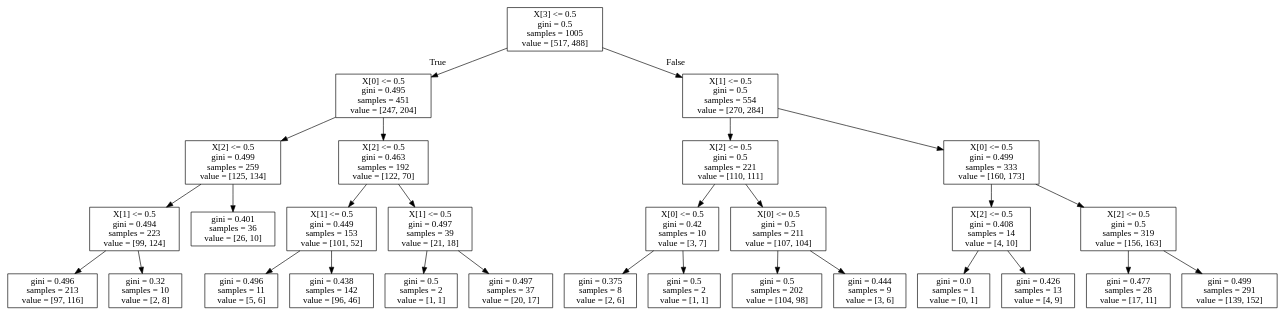
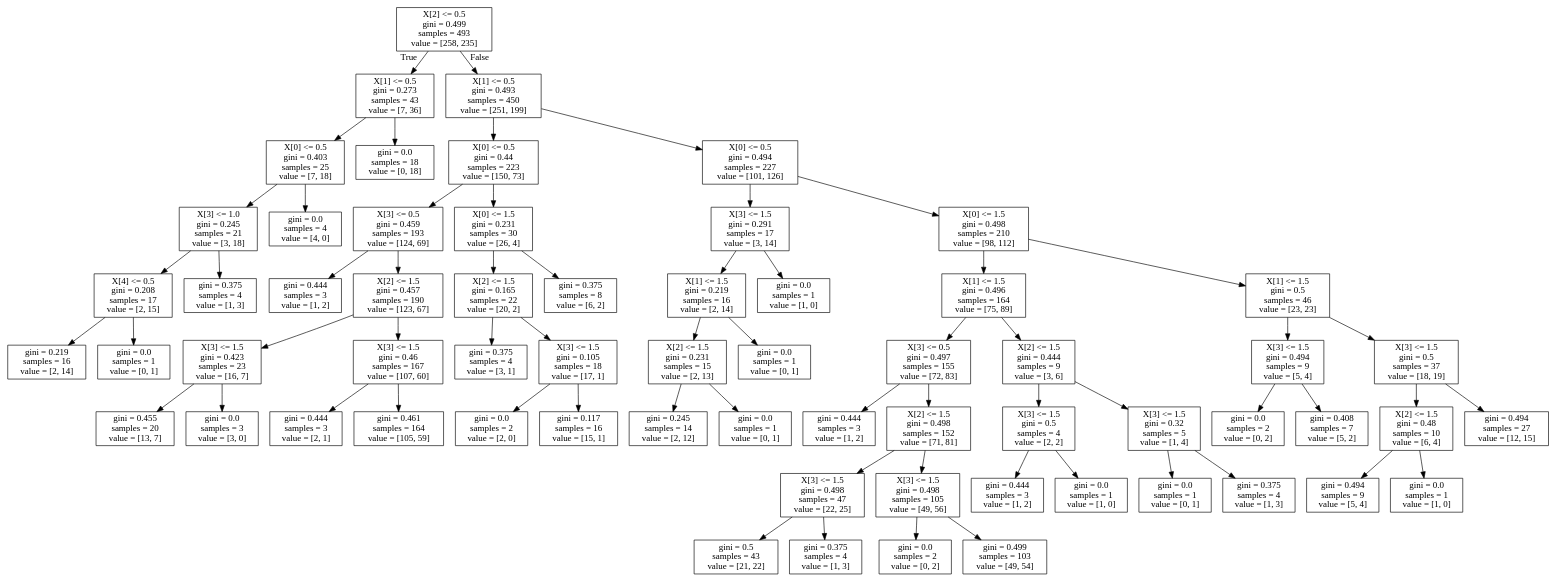
One commit to eduardocurado/crypto_bot changed the diagram in tree.dot. Above: the diagram before and after it, drawn with Graphviz. The commit also changed 34 other files, not shown here.

```diff
--- a/tree.dot
+++ b/tree.dot
@@ -1,60 +1,128 @@
 digraph Tree {
 node [shape=box] ;
-0 [label="X[3] <= 0.5\ngini = 0.5\nsamples = 1005\nvalue = [517, 488]"] ;
-1 [label="X[0] <= 0.5\ngini = 0.495\nsamples = 451\nvalue = [247, 204]"] ;
+0 [label="X[2] <= 0.5\ngini = 0.499\nsamples = 493\nvalue = [258, 235]"] ;
+1 [label="X[1] <= 0.5\ngini = 0.273\nsamples = 43\nvalue = [7, 36]"] ;
 0 -> 1 [labeldistance=2.5, labelangle=45, headlabel="True"] ;
-2 [label="X[2] <= 0.5\ngini = 0.499\nsamples = 259\nvalue = [125, 134]"] ;
+2 [label="X[0] <= 0.5\ngini = 0.403\nsamples = 25\nvalue = [7, 18]"] ;
 1 -> 2 ;
-3 [label="X[1] <= 0.5\ngini = 0.494\nsamples = 223\nvalue = [99, 124]"] ;
+3 [label="X[3] <= 1.0\ngini = 0.245\nsamples = 21\nvalue = [3, 18]"] ;
 2 -> 3 ;
-4 [label="gini = 0.496\nsamples = 213\nvalue = [97, 116]"] ;
+4 [label="X[4] <= 0.5\ngini = 0.208\nsamples = 17\nvalue = [2, 15]"] ;
 3 -> 4 ;
-5 [label="gini = 0.32\nsamples = 10\nvalue = [2, 8]"] ;
-3 -> 5 ;
-6 [label="gini = 0.401\nsamples = 36\nvalue = [26, 10]"] ;
-2 -> 6 ;
-7 [label="X[2] <= 0.5\ngini = 0.463\nsamples = 192\nvalue = [122, 70]"] ;
-1 -> 7 ;
-8 [label="X[1] <= 0.5\ngini = 0.449\nsamples = 153\nvalue = [101, 52]"] ;
-7 -> 8 ;
-9 [label="gini = 0.496\nsamples = 11\nvalue = [5, 6]"] ;
-8 -> 9 ;
-10 [label="gini = 0.438\nsamples = 142\nvalue = [96, 46]"] ;
-8 -> 10 ;
-11 [label="X[1] <= 0.5\ngini = 0.497\nsamples = 39\nvalue = [21, 18]"] ;
-7 -> 11 ;
-12 [label="gini = 0.5\nsamples = 2\nvalue = [1, 1]"] ;
+5 [label="gini = 0.219\nsamples = 16\nvalue = [2, 14]"] ;
+4 -> 5 ;
+6 [label="gini = 0.0\nsamples = 1\nvalue = [0, 1]"] ;
+4 -> 6 ;
+7 [label="gini = 0.375\nsamples = 4\nvalue = [1, 3]"] ;
+3 -> 7 ;
+8 [label="gini = 0.0\nsamples = 4\nvalue = [4, 0]"] ;
+2 -> 8 ;
+9 [label="gini = 0.0\nsamples = 18\nvalue = [0, 18]"] ;
+1 -> 9 ;
+10 [label="X[1] <= 0.5\ngini = 0.493\nsamples = 450\nvalue = [251, 199]"] ;
+0 -> 10 [labeldistance=2.5, labelangle=-45, headlabel="False"] ;
+11 [label="X[0] <= 0.5\ngini = 0.44\nsamples = 223\nvalue = [150, 73]"] ;
+10 -> 11 ;
+12 [label="X[3] <= 0.5\ngini = 0.459\nsamples = 193\nvalue = [124, 69]"] ;
 11 -> 12 ;
-13 [label="gini = 0.497\nsamples = 37\nvalue = [20, 17]"] ;
-11 -> 13 ;
-14 [label="X[1] <= 0.5\ngini = 0.5\nsamples = 554\nvalue = [270, 284]"] ;
-0 -> 14 [labeldistance=2.5, labelangle=-45, headlabel="False"] ;
-15 [label="X[2] <= 0.5\ngini = 0.5\nsamples = 221\nvalue = [110, 111]"] ;
+13 [label="gini = 0.444\nsamples = 3\nvalue = [1, 2]"] ;
+12 -> 13 ;
+14 [label="X[2] <= 1.5\ngini = 0.457\nsamples = 190\nvalue = [123, 67]"] ;
+12 -> 14 ;
+15 [label="X[3] <= 1.5\ngini = 0.423\nsamples = 23\nvalue = [16, 7]"] ;
 14 -> 15 ;
-16 [label="X[0] <= 0.5\ngini = 0.42\nsamples = 10\nvalue = [3, 7]"] ;
+16 [label="gini = 0.455\nsamples = 20\nvalue = [13, 7]"] ;
 15 -> 16 ;
-17 [label="gini = 0.375\nsamples = 8\nvalue = [2, 6]"] ;
-16 -> 17 ;
-18 [label="gini = 0.5\nsamples = 2\nvalue = [1, 1]"] ;
-16 -> 18 ;
-19 [label="X[0] <= 0.5\ngini = 0.5\nsamples = 211\nvalue = [107, 104]"] ;
-15 -> 19 ;
-20 [label="gini = 0.5\nsamples = 202\nvalue = [104, 98]"] ;
-19 -> 20 ;
-21 [label="gini = 0.444\nsamples = 9\nvalue = [3, 6]"] ;
-19 -> 21 ;
-22 [label="X[0] <= 0.5\ngini = 0.499\nsamples = 333\nvalue = [160, 173]"] ;
-14 -> 22 ;
-23 [label="X[2] <= 0.5\ngini = 0.408\nsamples = 14\nvalue = [4, 10]"] ;
+17 [label="gini = 0.0\nsamples = 3\nvalue = [3, 0]"] ;
+15 -> 17 ;
+18 [label="X[3] <= 1.5\ngini = 0.46\nsamples = 167\nvalue = [107, 60]"] ;
+14 -> 18 ;
+19 [label="gini = 0.444\nsamples = 3\nvalue = [2, 1]"] ;
+18 -> 19 ;
+20 [label="gini = 0.461\nsamples = 164\nvalue = [105, 59]"] ;
+18 -> 20 ;
+21 [label="X[0] <= 1.5\ngini = 0.231\nsamples = 30\nvalue = [26, 4]"] ;
+11 -> 21 ;
+22 [label="X[2] <= 1.5\ngini = 0.165\nsamples = 22\nvalue = [20, 2]"] ;
+21 -> 22 ;
+23 [label="gini = 0.375\nsamples = 4\nvalue = [3, 1]"] ;
 22 -> 23 ;
-24 [label="gini = 0.0\nsamples = 1\nvalue = [0, 1]"] ;
-23 -> 24 ;
-25 [label="gini = 0.426\nsamples = 13\nvalue = [4, 9]"] ;
-23 -> 25 ;
-26 [label="X[2] <= 0.5\ngini = 0.5\nsamples = 319\nvalue = [156, 163]"] ;
-22 -> 26 ;
-27 [label="gini = 0.477\nsamples = 28\nvalue = [17, 11]"] ;
-26 -> 27 ;
-28 [label="gini = 0.499\nsamples = 291\nvalue = [139, 152]"] ;
-26 -> 28 ;
+24 [label="X[3] <= 1.5\ngini = 0.105\nsamples = 18\nvalue = [17, 1]"] ;
+22 -> 24 ;
+25 [label="gini = 0.0\nsamples = 2\nvalue = [2, 0]"] ;
+24 -> 25 ;
+26 [label="gini = 0.117\nsamples = 16\nvalue = [15, 1]"] ;
+24 -> 26 ;
+27 [label="gini = 0.375\nsamples = 8\nvalue = [6, 2]"] ;
+21 -> 27 ;
+28 [label="X[0] <= 0.5\ngini = 0.494\nsamples = 227\nvalue = [101, 126]"] ;
+10 -> 28 ;
+29 [label="X[3] <= 1.5\ngini = 0.291\nsamples = 17\nvalue = [3, 14]"] ;
+28 -> 29 ;
+30 [label="X[1] <= 1.5\ngini = 0.219\nsamples = 16\nvalue = [2, 14]"] ;
+29 -> 30 ;
+31 [label="X[2] <= 1.5\ngini = 0.231\nsamples = 15\nvalue = [2, 13]"] ;
+30 -> 31 ;
+32 [label="gini = 0.245\nsamples = 14\nvalue = [2, 12]"] ;
+31 -> 32 ;
+33 [label="gini = 0.0\nsamples = 1\nvalue = [0, 1]"] ;
+31 -> 33 ;
+34 [label="gini = 0.0\nsamples = 1\nvalue = [0, 1]"] ;
+30 -> 34 ;
+35 [label="gini = 0.0\nsamples = 1\nvalue = [1, 0]"] ;
+29 -> 35 ;
+36 [label="X[0] <= 1.5\ngini = 0.498\nsamples = 210\nvalue = [98, 112]"] ;
+28 -> 36 ;
+37 [label="X[1] <= 1.5\ngini = 0.496\nsamples = 164\nvalue = [75, 89]"] ;
+36 -> 37 ;
+38 [label="X[3] <= 0.5\ngini = 0.497\nsamples = 155\nvalue = [72, 83]"] ;
+37 -> 38 ;
+39 [label="gini = 0.444\nsamples = 3\nvalue = [1, 2]"] ;
+38 -> 39 ;
+40 [label="X[2] <= 1.5\ngini = 0.498\nsamples = 152\nvalue = [71, 81]"] ;
+38 -> 40 ;
+41 [label="X[3] <= 1.5\ngini = 0.498\nsamples = 47\nvalue = [22, 25]"] ;
+40 -> 41 ;
+42 [label="gini = 0.5\nsamples = 43\nvalue = [21, 22]"] ;
+41 -> 42 ;
+43 [label="gini = 0.375\nsamples = 4\nvalue = [1, 3]"] ;
+41 -> 43 ;
+44 [label="X[3] <= 1.5\ngini = 0.498\nsamples = 105\nvalue = [49, 56]"] ;
+40 -> 44 ;
+45 [label="gini = 0.0\nsamples = 2\nvalue = [0, 2]"] ;
+44 -> 45 ;
+46 [label="gini = 0.499\nsamples = 103\nvalue = [49, 54]"] ;
+44 -> 46 ;
+47 [label="X[2] <= 1.5\ngini = 0.444\nsamples = 9\nvalue = [3, 6]"] ;
+37 -> 47 ;
+48 [label="X[3] <= 1.5\ngini = 0.5\nsamples = 4\nvalue = [2, 2]"] ;
+47 -> 48 ;
+49 [label="gini = 0.444\nsamples = 3\nvalue = [1, 2]"] ;
+48 -> 49 ;
+50 [label="gini = 0.0\nsamples = 1\nvalue = [1, 0]"] ;
+48 -> 50 ;
+51 [label="X[3] <= 1.5\ngini = 0.32\nsamples = 5\nvalue = [1, 4]"] ;
+47 -> 51 ;
+52 [label="gini = 0.0\nsamples = 1\nvalue = [0, 1]"] ;
+51 -> 52 ;
+53 [label="gini = 0.375\nsamples = 4\nvalue = [1, 3]"] ;
+51 -> 53 ;
+54 [label="X[1] <= 1.5\ngini = 0.5\nsamples = 46\nvalue = [23, 23]"] ;
+36 -> 54 ;
+55 [label="X[3] <= 1.5\ngini = 0.494\nsamples = 9\nvalue = [5, 4]"] ;
+54 -> 55 ;
+56 [label="gini = 0.0\nsamples = 2\nvalue = [0, 2]"] ;
+55 -> 56 ;
+57 [label="gini = 0.408\nsamples = 7\nvalue = [5, 2]"] ;
+55 -> 57 ;
+58 [label="X[3] <= 1.5\ngini = 0.5\nsamples = 37\nvalue = [18, 19]"] ;
+54 -> 58 ;
+59 [label="X[2] <= 1.5\ngini = 0.48\nsamples = 10\nvalue = [6, 4]"] ;
+58 -> 59 ;
+60 [label="gini = 0.494\nsamples = 9\nvalue = [5, 4]"] ;
+59 -> 60 ;
+61 [label="gini = 0.0\nsamples = 1\nvalue = [1, 0]"] ;
+59 -> 61 ;
+62 [label="gini = 0.494\nsamples = 27\nvalue = [12, 15]"] ;
+58 -> 62 ;
 }
```
